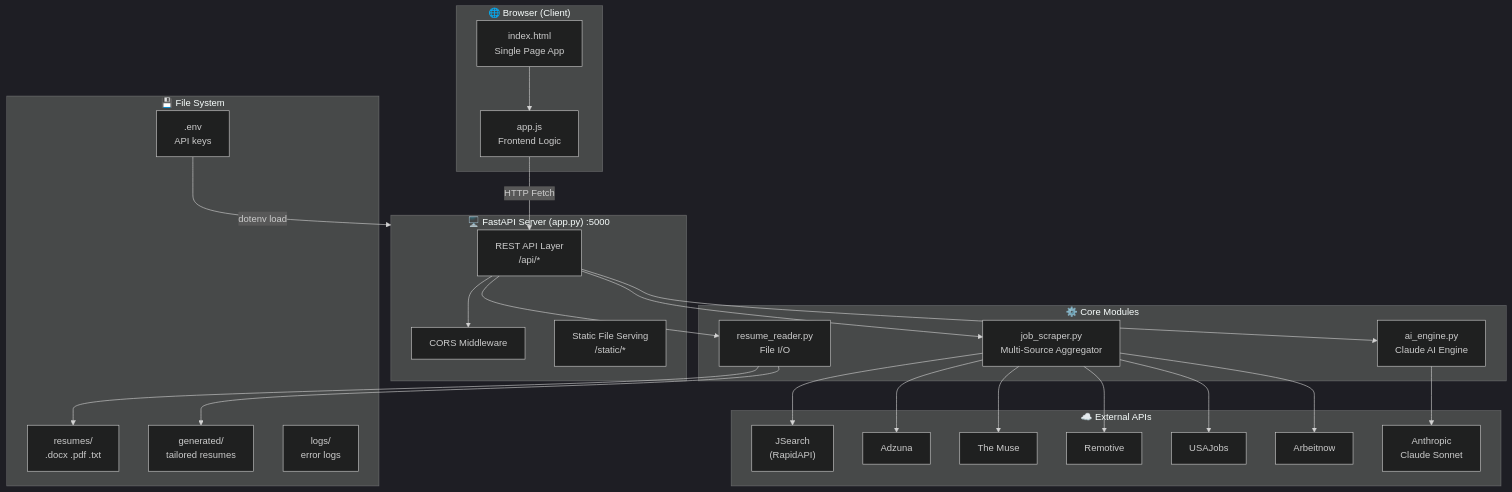
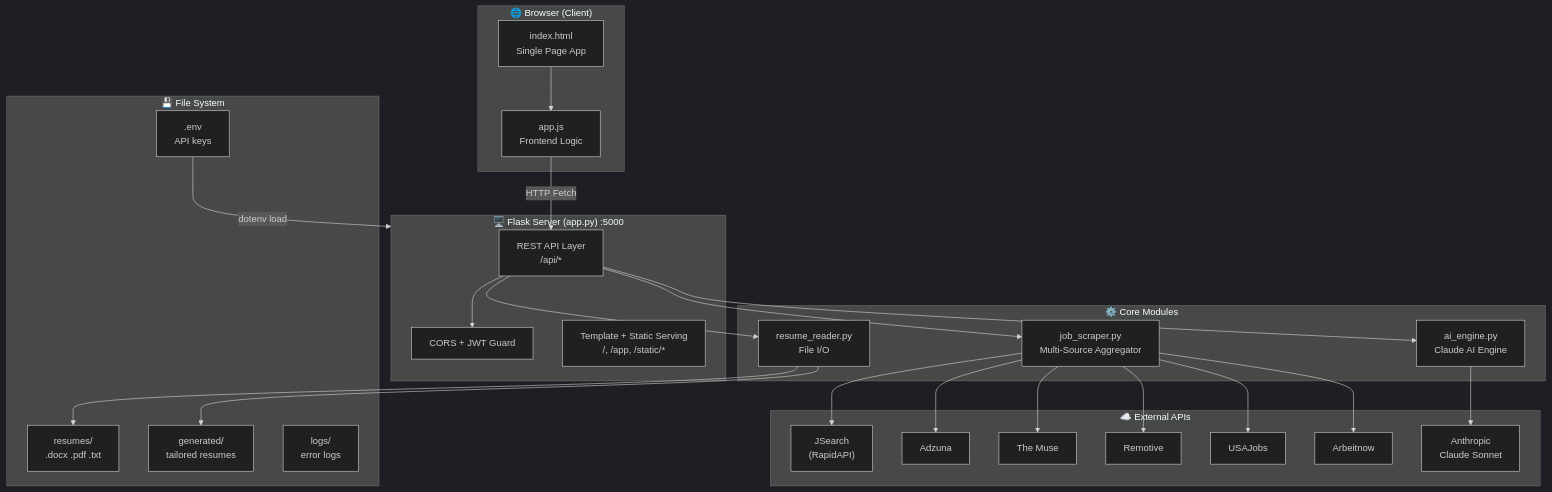
Before and after one commit to vangipuraputarunsailesh/jobpilot: the first of 13 diagrams in jobpilot/KNOWLEDGE_TRANSFER.md, drawn with Mermaid (dark theme). The commit also changed other lines of this file and 9 other files, not shown here.

````diff
--- a/jobpilot/KNOWLEDGE_TRANSFER.md
+++ b/jobpilot/KNOWLEDGE_TRANSFER.md
@@ -119,53 +129,53 @@
 ```mermaid
 graph TB
     subgraph Browser["🌐 Browser (Client)"]
         UI["index.html\nSingle Page App"]
         JS["app.js\nFrontend Logic"]
         UI --> JS
     end
 
-    subgraph Server["🖥️ FastAPI Server (app.py)  :5000"]
+    subgraph Server["🖥️ Flask Server (app.py) :5000"]
         API["REST API Layer\n/api/*"]
-        MW["CORS Middleware"]
-        STATIC["Static File Serving\n/static/*"]
+        MW["CORS + JWT Guard"]
+        STATIC["Template + Static Serving\n/, /app, /static/*"]
         API --> MW
     end
 
     subgraph Core["⚙️ Core Modules"]
         SCRAPER["job_scraper.py\nMulti-Source Aggregator"]
         AI["ai_engine.py\nClaude AI Engine"]
         READER["resume_reader.py\nFile I/O"]
     end
 
     subgraph ExternalAPIs["☁️ External APIs"]
         JSEARCH["JSearch\n(RapidAPI)"]
         ADZUNA["Adzuna"]
         MUSE["The Muse"]
         REMOTIVE["Remotive"]
         USAJOBS["USAJobs"]
         ARBEITNOW["Arbeitnow"]
         CLAUDE["Anthropic\nClaude Sonnet"]
     end
 
     subgraph FileSystem["💾 File System"]
         RESUMES["resumes/\n.docx .pdf .txt"]
         GENERATED["generated/\ntailored resumes"]
         LOGS["logs/\nerror logs"]
         ENV[".env\nAPI keys"]
     end
 
     JS -- "HTTP Fetch" --> API
     API --> SCRAPER
     API --> AI
     API --> READER
     SCRAPER --> JSEARCH
     SCRAPER --> ADZUNA
     SCRAPER --> MUSE
     SCRAPER --> REMOTIVE
     SCRAPER --> USAJOBS
     SCRAPER --> ARBEITNOW
     AI --> CLAUDE
     READER --> RESUMES
     READER --> GENERATED
     ENV -- "dotenv load" --> Server
 ```
````
